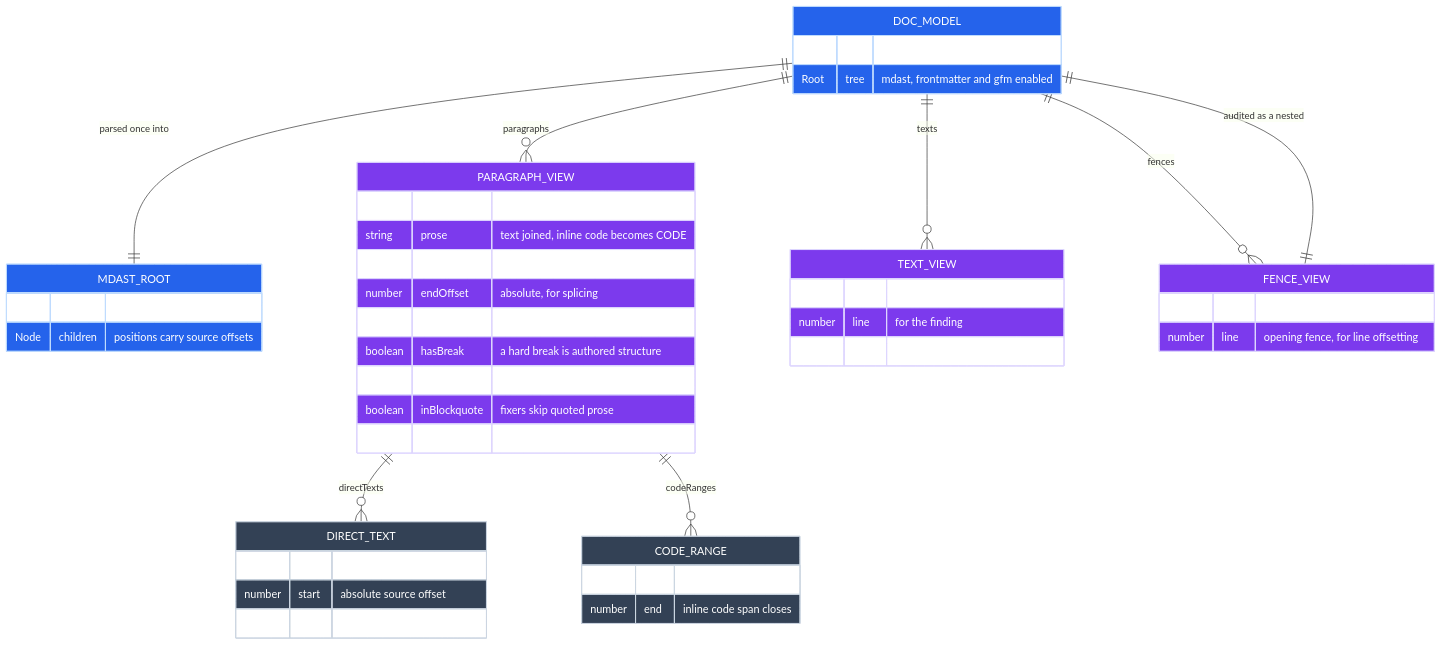
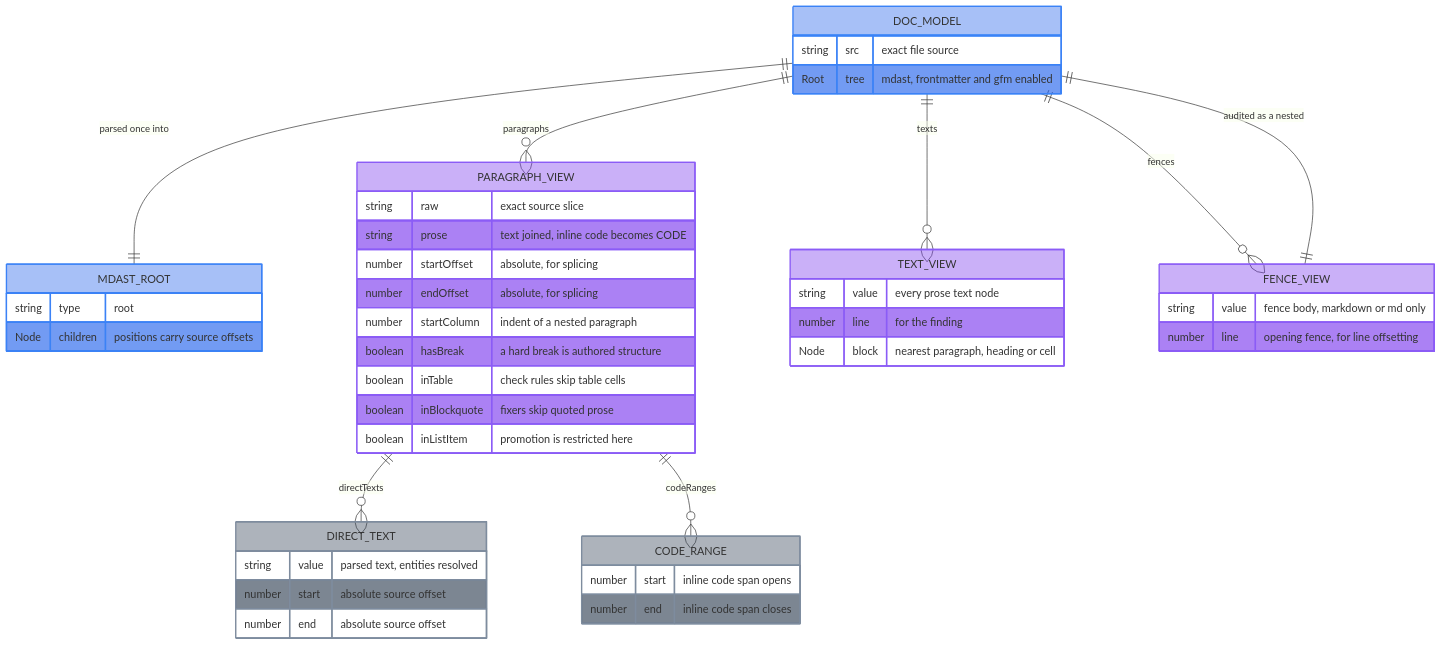
One commit to jpeakai/jpai-prose-gates changed the first of 8 diagrams in docs/DATA_MODEL.md. Above: the diagram before and after it, drawn with Mermaid. The commit also changed other lines of this file, not shown here.

Commit message:
fix(docs): make both ERDs legible in dark and light themes
Mermaid's erDiagram applies a classDef fill to the even attribute rows
only. The odd rows keep the theme's own row background, while the
declared color: is applied to every row's text. Half of each entity was
therefore text on a background the author never chose, and it flipped
with the reader's theme.

FINDING, EDIT and EXPECTATION carried dark text on a light fill, so their
odd rows were invisible on dark. The green and slate classes carried
white text, so their odd rows were invisible on light.

Both ERDs now drop color: and let the theme own the label, with a
translucent fill that composites to a light box on light and a dark box
on dark, and an opaque stroke carrying the hue. Worst case is 5.48:1 for
the text over a tinted row and 3.19:1 for a stroke, in both themes,
verified by rendering each fence under -t dark and -t default.

````diff
--- a/docs/DATA_MODEL.md
+++ b/docs/DATA_MODEL.md
@@ -39,56 +39,59 @@
 ```mermaid
 erDiagram
     DOC_MODEL ||--|| MDAST_ROOT : "parsed once into"
     DOC_MODEL ||--o{ PARAGRAPH_VIEW : "paragraphs"
     DOC_MODEL ||--o{ TEXT_VIEW : "texts"
     DOC_MODEL ||--o{ FENCE_VIEW : "fences"
     PARAGRAPH_VIEW ||--o{ DIRECT_TEXT : "directTexts"
     PARAGRAPH_VIEW ||--o{ CODE_RANGE : "codeRanges"
     FENCE_VIEW ||--|| DOC_MODEL : "audited as a nested"
 
     DOC_MODEL {
         string src "exact file source"
         Root tree "mdast, frontmatter and gfm enabled"
     }
     MDAST_ROOT {
         string type "root"
         Node children "positions carry source offsets"
     }
     PARAGRAPH_VIEW {
         string raw "exact source slice"
         string prose "text joined, inline code becomes CODE"
         number startOffset "absolute, for splicing"
         number endOffset "absolute, for splicing"
         number startColumn "indent of a nested paragraph"
         boolean hasBreak "a hard break is authored structure"
         boolean inTable "check rules skip table cells"
         boolean inBlockquote "fixers skip quoted prose"
         boolean inListItem "promotion is restricted here"
     }
     DIRECT_TEXT {
         string value "parsed text, entities resolved"
         number start "absolute source offset"
         number end "absolute source offset"
     }
     CODE_RANGE {
         number start "inline code span opens"
         number end "inline code span closes"
     }
     TEXT_VIEW {
         string value "every prose text node"
         number line "for the finding"
         Node block "nearest paragraph, heading or cell"
     }
     FENCE_VIEW {
         string value "fence body, markdown or md only"
         number line "opening fence, for line offsetting"
     }
 
-    classDef source   fill:#2563eb,stroke:#bfdbfe,color:#ffffff
-    classDef derived  fill:#7c3aed,stroke:#ddd6fe,color:#ffffff
-    classDef span     fill:#334155,stroke:#cbd5e1,color:#ffffff
+    %% Attribute rows alternate, and only the even ones take a classDef fill.
+    %% The odd ones keep the theme background, so the label colour is left to
+    %% the theme and the fill is translucent enough to read under either one.
+    classDef source   fill:#2563eb66,stroke:#3b82f6,stroke-width:2px
+    classDef derived  fill:#7c3aed66,stroke:#8b5cf6,stroke-width:2px
+    classDef span     fill:#33415566,stroke:#7e8c9e,stroke-width:2px
 
     class DOC_MODEL,MDAST_ROOT source
     class PARAGRAPH_VIEW,TEXT_VIEW,FENCE_VIEW derived
     class DIRECT_TEXT,CODE_RANGE span
 ```
````
